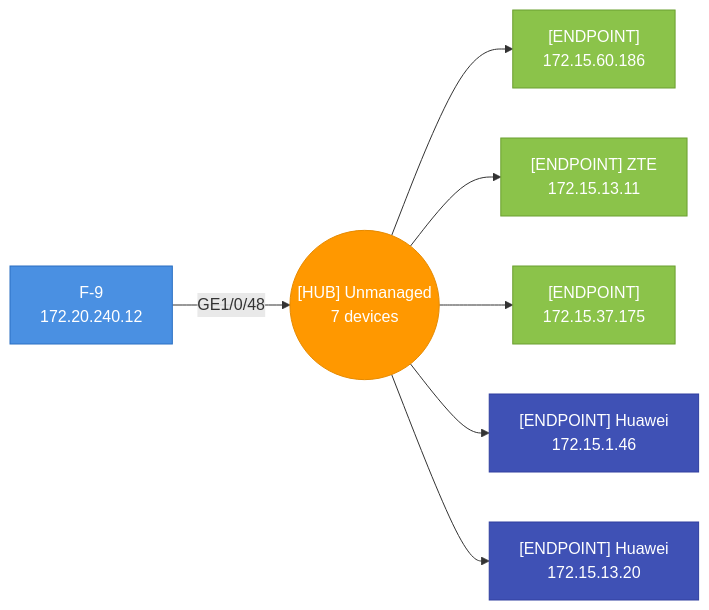
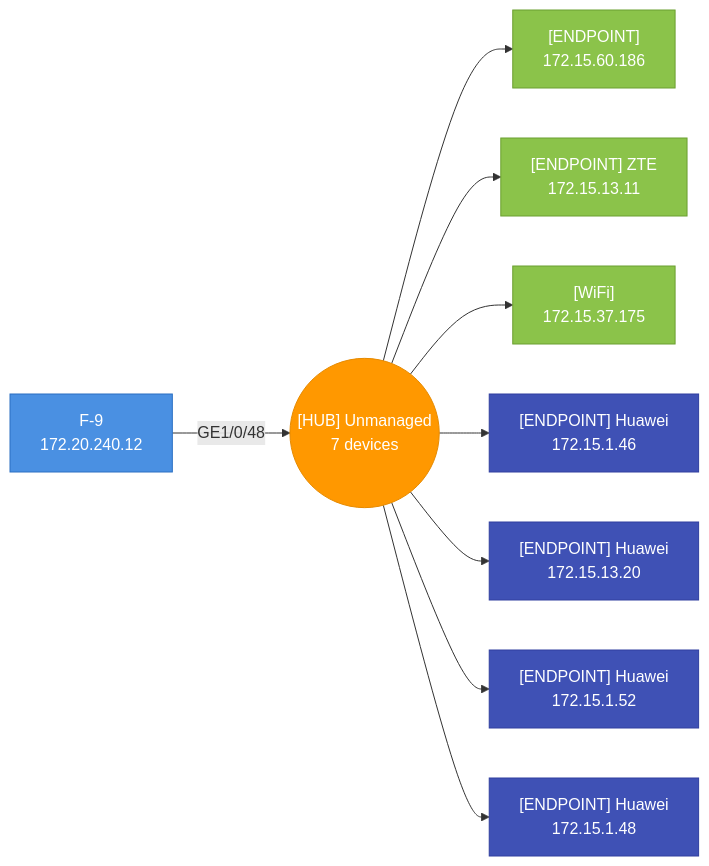
One commit to djamic/LLDP-Skanner-Go changed the second of 47 diagrams in testdata/golden/audit_default.md. Above: the diagram before and after it, drawn with Mermaid. The commit also changed other lines of this file and 12 other files, not shown here.

````diff
--- a/testdata/golden/audit_default.md
+++ b/testdata/golden/audit_default.md
@@ -1345,23 +1444,29 @@
 ```mermaid
 graph LR
   hub_4caea327768a_p48(("[HUB] Unmanaged<br>7 devices"))
   4caea327768a["F-9<br>172.20.240.12"]
   4caea327768a-- "GE1/0/48" -->hub_4caea327768a_p48
   style 4caea327768a fill:#4A90E2,stroke:#2A6FC2,color:#fff
   1068380a0779["[ENDPOINT]<br>172.15.60.186"]
   hub_4caea327768a_p48-->1068380a0779
   style 1068380a0779 fill:#8BC34A,stroke:#6B9F30,color:#fff
   54af9782f4c4["[ENDPOINT] ZTE<br>172.15.13.11"]
   hub_4caea327768a_p48-->54af9782f4c4
   style 54af9782f4c4 fill:#8BC34A,stroke:#6B9F30,color:#fff
-  563a98b65c1a["[ENDPOINT]<br>172.15.37.175"]
+  563a98b65c1a["[WiFi]<br>172.15.37.175"]
   hub_4caea327768a_p48-->563a98b65c1a
   style 563a98b65c1a fill:#8BC34A,stroke:#6B9F30,color:#fff
   7845587c874f["[ENDPOINT] Huawei<br>172.15.1.46"]
   hub_4caea327768a_p48-->7845587c874f
   style 7845587c874f fill:#3F51B5,stroke:#303F9F,color:#fff
   7845587c87a0["[ENDPOINT] Huawei<br>172.15.13.20"]
   hub_4caea327768a_p48-->7845587c87a0
   style 7845587c87a0 fill:#3F51B5,stroke:#303F9F,color:#fff
+  7845587c88e4["[ENDPOINT] Huawei<br>172.15.1.52"]
+  hub_4caea327768a_p48-->7845587c88e4
+  style 7845587c88e4 fill:#3F51B5,stroke:#303F9F,color:#fff
+  7845587c8947["[ENDPOINT] Huawei<br>172.15.1.48"]
+  hub_4caea327768a_p48-->7845587c8947
+  style 7845587c8947 fill:#3F51B5,stroke:#303F9F,color:#fff
   style hub_4caea327768a_p48 fill:#FF9800,stroke:#E68A00,color:#fff
 ```
````
